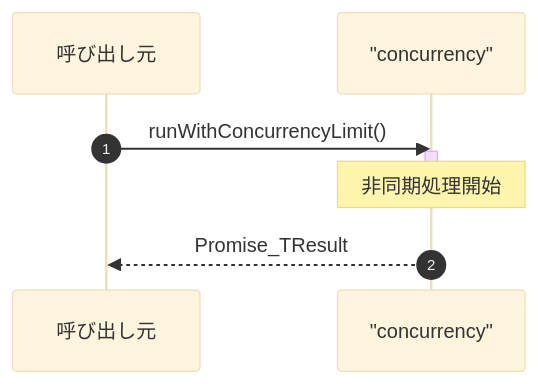
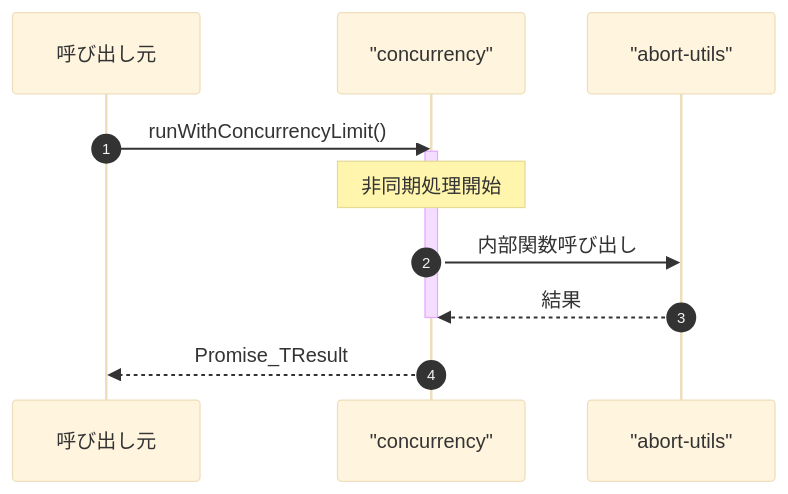
One commit to Mekann2904/mekann changed the fourth of 4 diagrams in ABDD/.pi/lib/concurrency.md. Above: the diagram before and after it, drawn with Mermaid (base theme). The commit also changed other lines of this file and 205 other files, not shown here.

````diff
--- a/ABDD/.pi/lib/concurrency.md
+++ b/ABDD/.pi/lib/concurrency.md
@@ -57,12 +80,15 @@
 ```mermaid
 sequenceDiagram
   autonumber
   participant Caller as 呼び出し元
   participant concurrency as "concurrency"
+  participant abort_utils as "abort-utils"
 
   Caller->>concurrency: runWithConcurrencyLimit()
   activate concurrency
   Note over concurrency: 非同期処理開始
+  concurrency->>abort_utils: 内部関数呼び出し
+  abort_utils-->>concurrency: 結果
   deactivate concurrency
   concurrency-->>Caller: Promise_TResult
 ```
````
